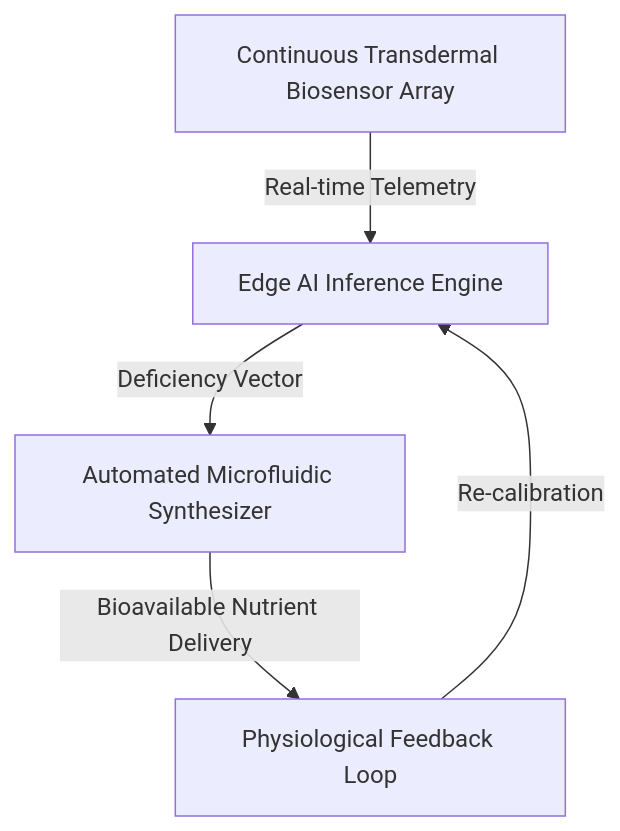
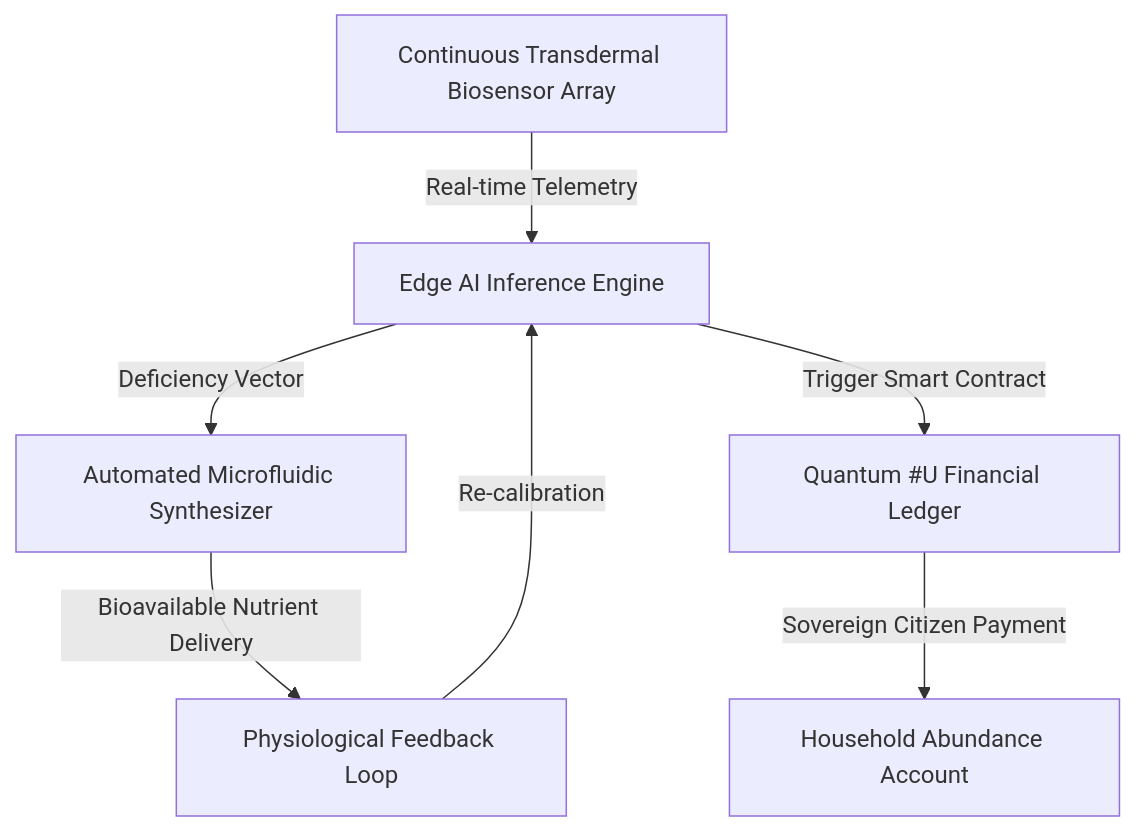
Before and after one commit to jocall3/Medical-ai: the diagram in docs/clinical/nutrition/nutrition-ai-workflows.md, drawn with Mermaid. The commit also changed other lines of this file, not shown here.

````diff
--- a/docs/clinical/nutrition/nutrition-ai-workflows.md
+++ b/docs/clinical/nutrition/nutrition-ai-workflows.md
@@ -18,7 +90,9 @@
 ```mermaid
 graph TD
     A[Continuous Transdermal Biosensor Array] -->|Real-time Telemetry| B[Edge AI Inference Engine]
     B -->|Deficiency Vector| C[Automated Microfluidic Synthesizer]
     C -->|Bioavailable Nutrient Delivery| D[Physiological Feedback Loop]
     D -->|Re-calibration| B
+    E[Quantum #U Financial Ledger] -->|Sovereign Citizen Payment| F[Household Abundance Account]
+    B -->|Trigger Smart Contract| E
 ```
````
